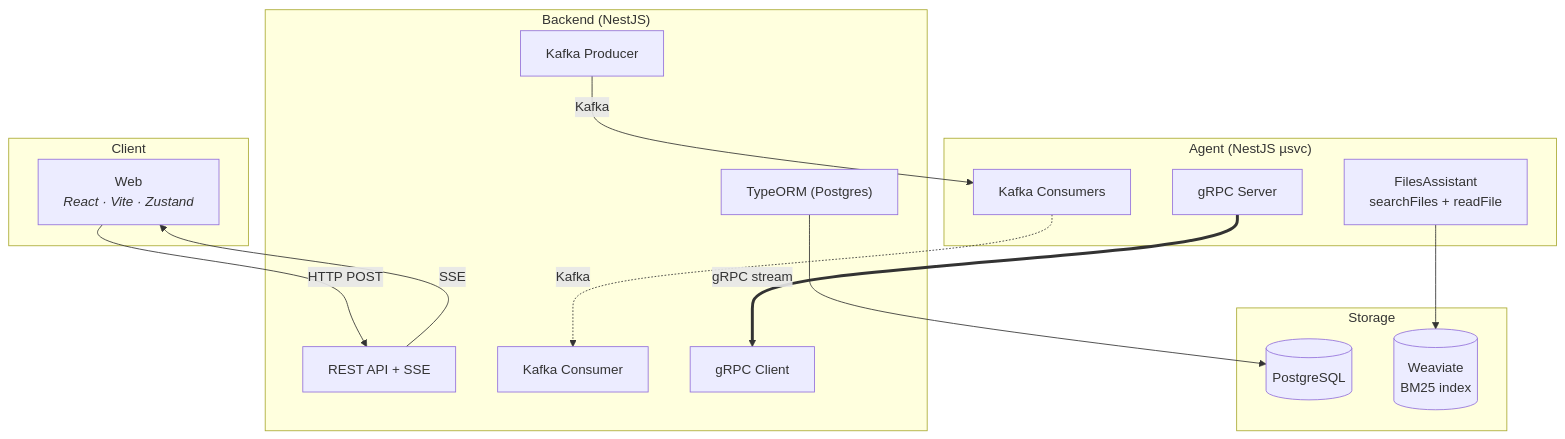
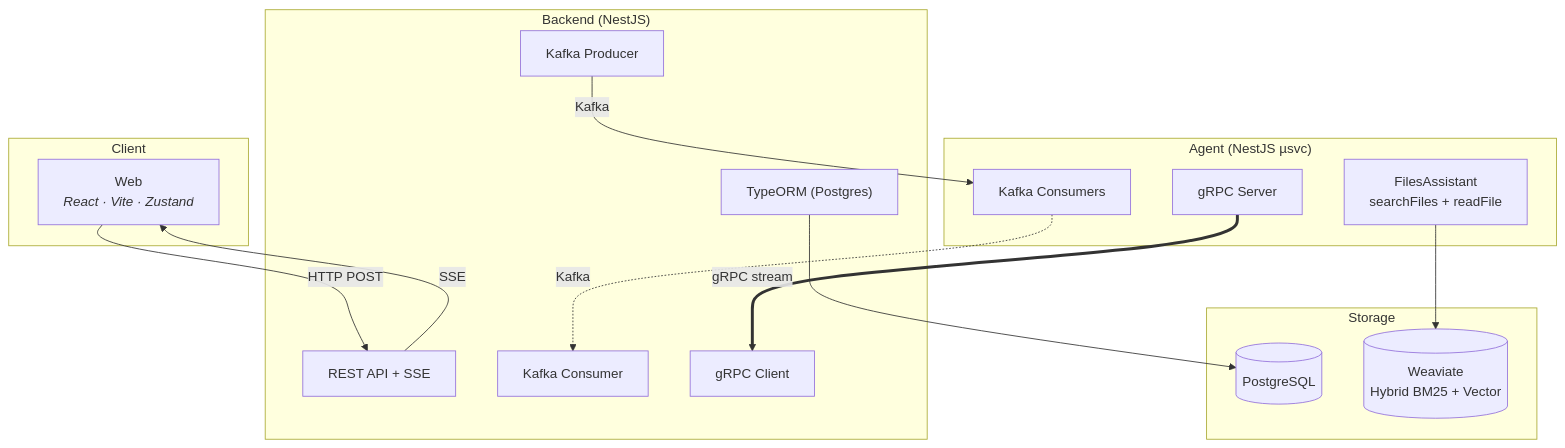
The first of 3 diagrams in README.md (JackTran15/files-assistant-system), drawn with Mermaid before and after one commit. The commit also changed other lines of this file and 36 other files, not shown here.

````diff
--- a/README.md
+++ b/README.md
@@ -145,33 +146,33 @@
 ```mermaid
 graph TB
     subgraph Client
         Web["Web<br/><i>React · Vite · Zustand</i>"]
     end
 
     subgraph Backend["Backend (NestJS)"]
         API["REST API + SSE"]
         KP["Kafka Producer"]
         KC["Kafka Consumer"]
         GRPC_C["gRPC Client"]
         ORM["TypeORM (Postgres)"]
     end
 
     subgraph Agent["Agent (NestJS µsvc)"]
         FA["FilesAssistant<br/>searchFiles + readFile"]
         KAFKA_CON["Kafka Consumers"]
         GRPC_S["gRPC Server"]
     end
 
     subgraph Storage
         PG[(PostgreSQL)]
-        WV[(Weaviate<br/>BM25 index)]
+        WV[(Weaviate<br/>Hybrid BM25 + Vector)]
     end
 
     Web -->|"HTTP POST"| API
     API -->|"SSE"| Web
     KP -->|"Kafka"| KAFKA_CON
     KAFKA_CON -.->|"Kafka"| KC
     GRPC_S ==>|"gRPC stream"| GRPC_C
     ORM --> PG
     FA --> WV
 ```
````
